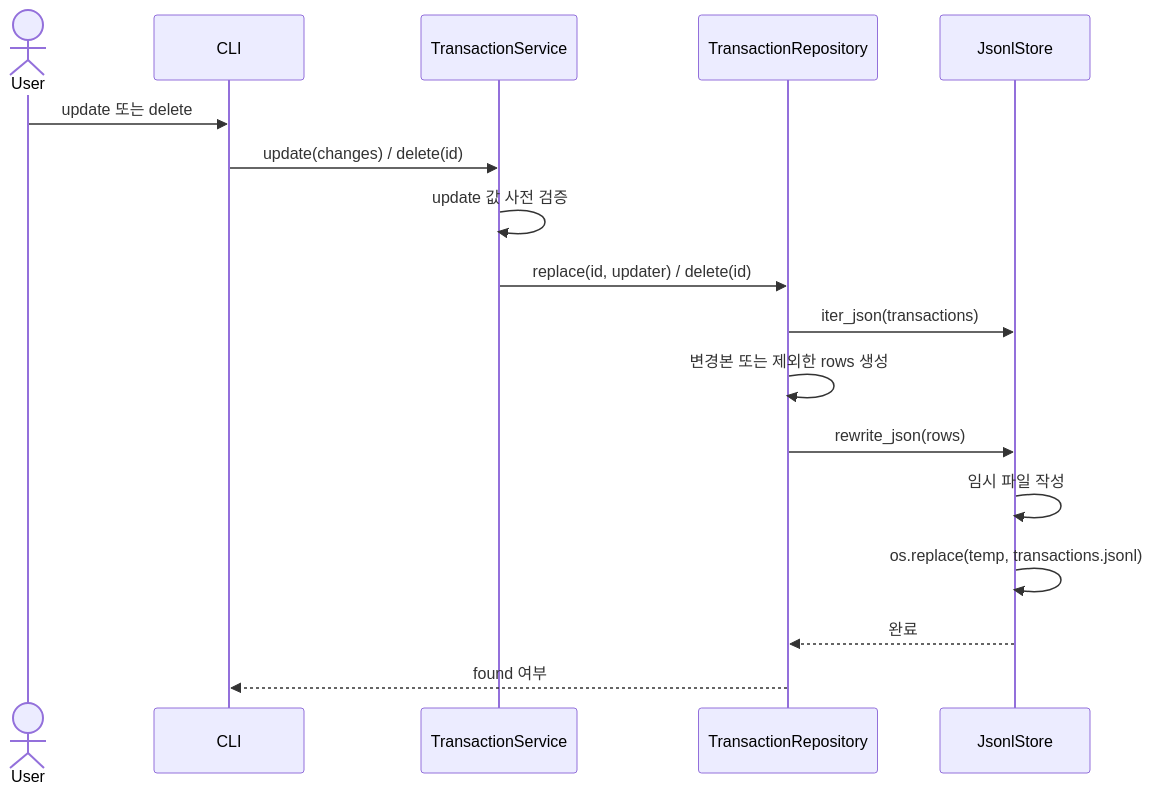
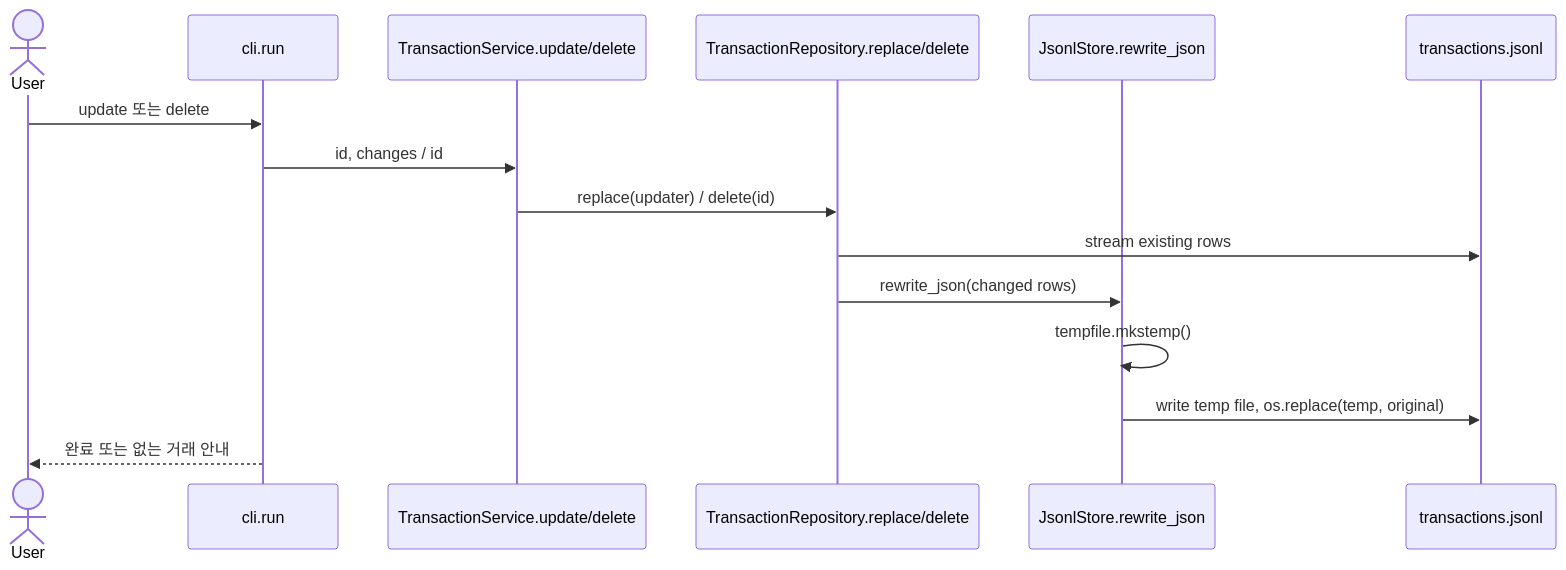
Before and after one commit to jhkr1/Codyssey_main_course: the fourth of 7 diagrams in B2-1_Create_file-based_household_account_console_program/budget_app/CODE_ARCHITECTURE.md, drawn with Mermaid. The commit also changed other lines of this file and 2 other files, not shown here.

````diff
--- a/B2-1_Create_file-based_household_account_console_program/budget_app/CODE_ARCHITECTURE.md
+++ b/B2-1_Create_file-based_household_account_console_program/budget_app/CODE_ARCHITECTURE.md
@@ -120,19 +226,17 @@
 ```mermaid
 sequenceDiagram
     actor User
-    participant CLI
-    participant TS as TransactionService
-    participant TR as TransactionRepository
-    participant JS as JsonlStore
+    participant CLI as cli.run
+    participant TS as TransactionService.update/delete
+    participant TR as TransactionRepository.replace/delete
+    participant Store as JsonlStore.rewrite_json
+    participant File as transactions.jsonl
     User->>CLI: update 또는 delete
-    CLI->>TS: update(changes) / delete(id)
-    TS->>TS: update 값 사전 검증
-    TS->>TR: replace(id, updater) / delete(id)
-    TR->>JS: iter_json(transactions)
-    TR->>TR: 변경본 또는 제외한 rows 생성
-    TR->>JS: rewrite_json(rows)
-    JS->>JS: 임시 파일 작성
-    JS->>JS: os.replace(temp, transactions.jsonl)
-    JS-->>TR: 완료
-    TR-->>CLI: found 여부
+    CLI->>TS: id, changes / id
+    TS->>TR: replace(updater) / delete(id)
+    TR->>File: stream existing rows
+    TR->>Store: rewrite_json(changed rows)
+    Store->>Store: tempfile.mkstemp()
+    Store->>File: write temp file, os.replace(temp, original)
+    CLI-->>User: 완료 또는 없는 거래 안내
 ```
````
